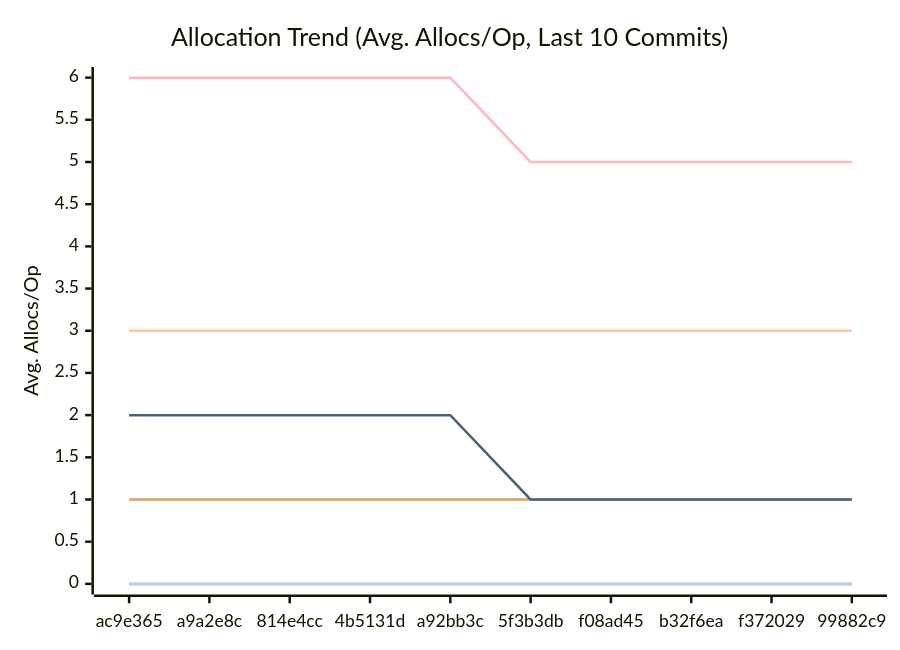
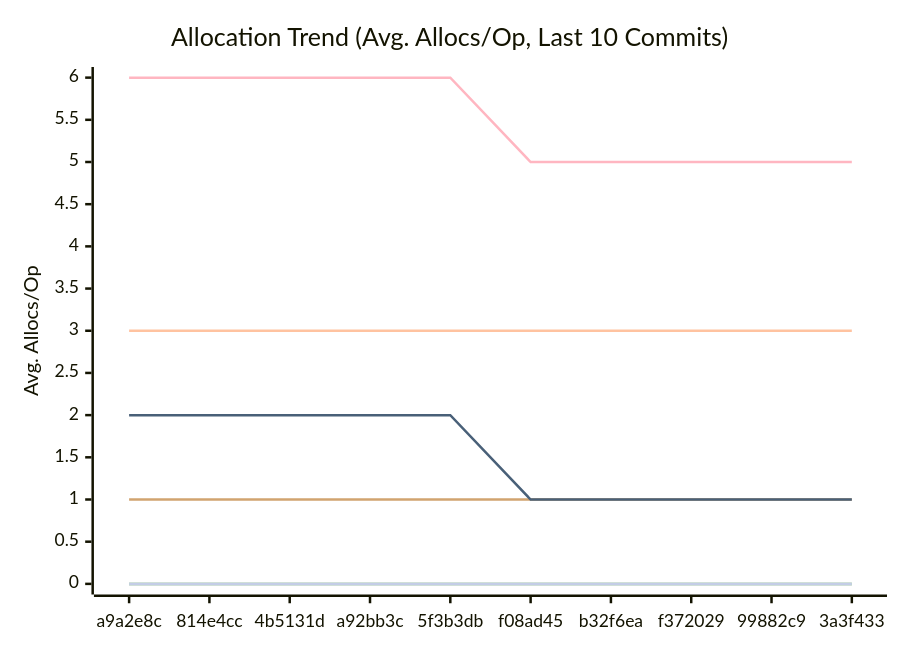
One commit to alsotoes/momo changed the third of 3 diagrams in docs/PERFORMANCE.md. Above: the diagram before and after it, drawn with Mermaid. The commit also changed other lines of this file and 3 other files, not shown here.

````diff
--- a/docs/PERFORMANCE.md
+++ b/docs/PERFORMANCE.md
@@ -114,16 +114,16 @@
 ```mermaid
 xychart-beta
     title "Allocation Trend (Avg. Allocs/Op, Last 10 Commits)"
     x-axis "Commit"
     y-axis "Avg. Allocs/Op"
-    x-axis [ac9e365,a9a2e8c,814e4cc,4b5131d,a92bb3c,5f3b3db,f08ad45,b32f6ea,f372029,99882c9]
+    x-axis [a9a2e8c,814e4cc,4b5131d,a92bb3c,5f3b3db,f08ad45,b32f6ea,f372029,99882c9,3a3f433]
     line "CheckMetricsAndSwap" [0,0,0,0,0,0,0,0,0,0]
     line "CrushOptimized" [0,0,0,0,0,0,0,0,0,0]
     line "CrushOriginal" [3,3,3,3,3,3,3,3,3,3]
     line "IndexDirectTracking" [0,0,0,0,0,0,0,0,0,0]
     line "IndexSearch" [0,0,0,0,0,0,0,0,0,0]
     line "LoadGlobalConfig" [1,1,1,1,1,1,1,1,1,1]
     line "PadString" [0,0,0,0,0,0,0,0,0,0]
     line "ParseReplicationOrder_NoPrealloc" [6,6,6,6,6,5,5,5,5,5]
     line "ParseReplicationOrder_Prealloc" [2,2,2,2,2,1,1,1,1,1]
 ```
````
